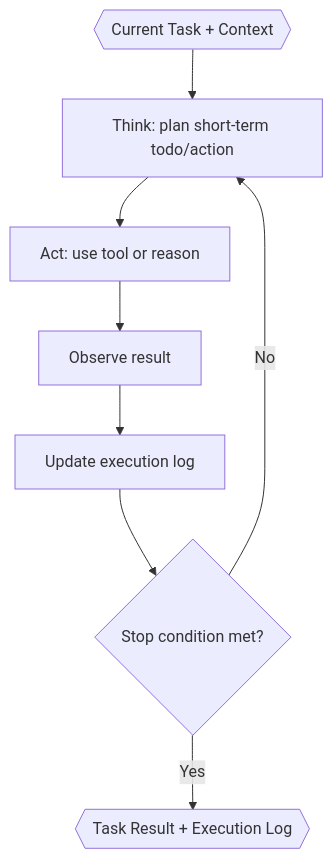
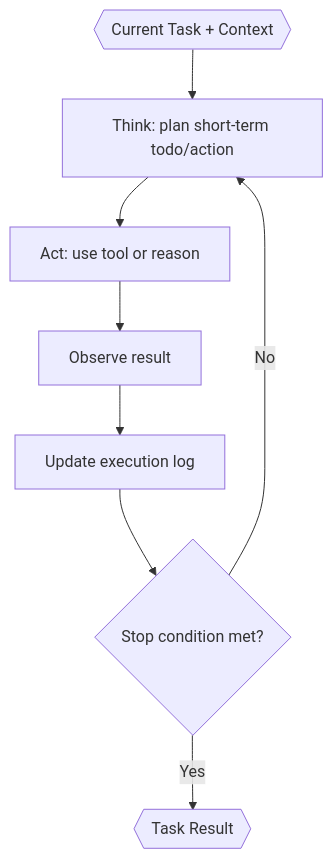
The diagram in src/tinycua/docs/architecture/task-execution.md (VJyzCELERY/TINYCUA), drawn with Mermaid before and after one commit. The commit also changed other lines of this file and 16 other files, not shown here.

First line of the commit message:
docs(architecture): review-driven refinements to architecture documentation

````diff
--- a/src/tinycua/docs/architecture/task-execution.md
+++ b/src/tinycua/docs/architecture/task-execution.md
@@ -67,18 +60,18 @@
 ```mermaid
 flowchart TD
     TASK{{"Current Task + Context"}}
     THINK["Think: plan short-term todo/action"]
     ACT["Act: use tool or reason"]
     OBSERVE["Observe result"]
     LOG["Update execution log"]
     DONE{"Stop condition met?"}
-    RESULT{{"Task Result + Execution Log"}}
+    RESULT{{"Task Result"}}
 
     TASK --> THINK
     THINK --> ACT
     ACT --> OBSERVE
     OBSERVE --> LOG
     LOG --> DONE
     DONE -->|No| THINK
     DONE -->|Yes| RESULT
 ```
````
